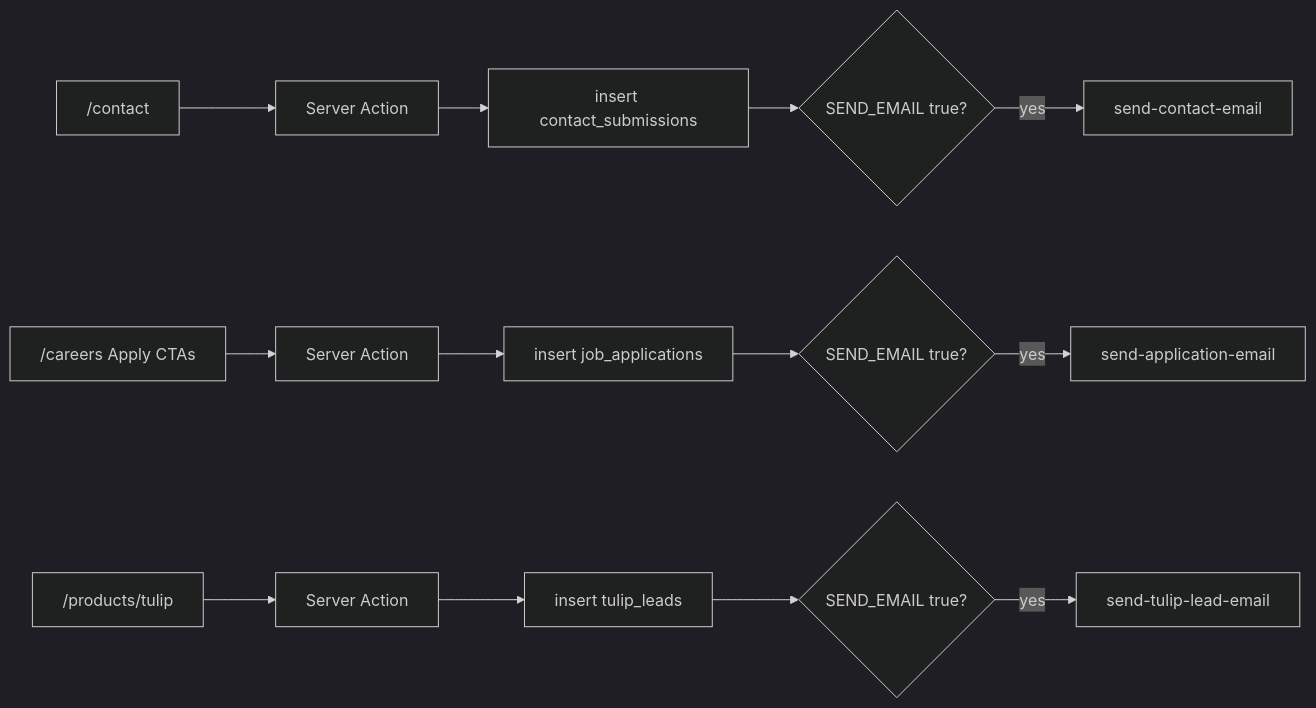
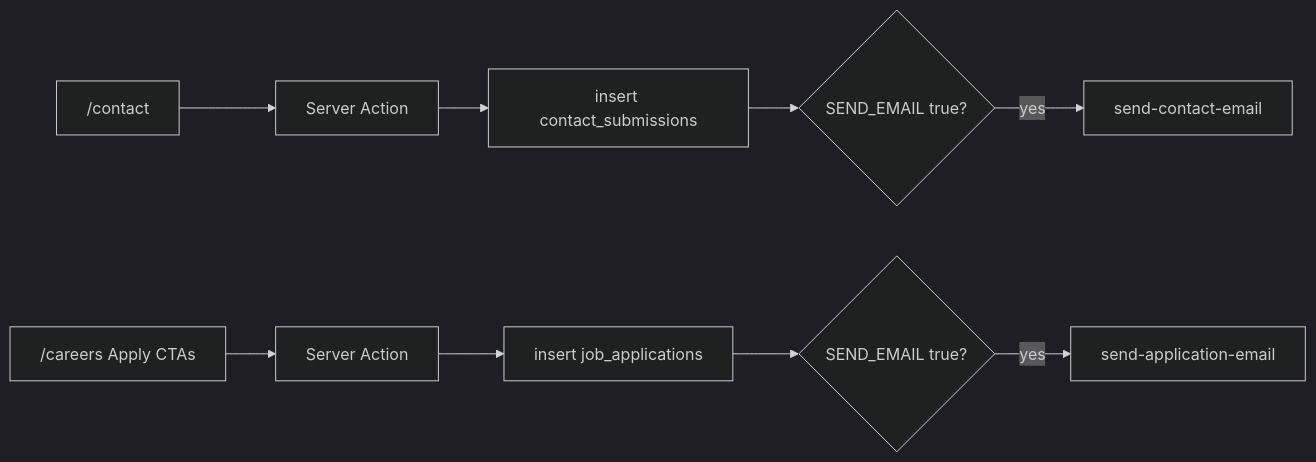
Before and after one commit to MargaritaSyd/OllyGarden: the diagram in doc/supabase.md, drawn with Mermaid (dark theme). The commit also changed other lines of this file and 408 other files, not shown here.

````diff
--- a/doc/supabase.md
+++ b/doc/supabase.md
@@ -23,15 +23,11 @@
 ```mermaid
 flowchart LR
   Contact["/contact"] --> ActionC["Server Action"]
   ActionC --> InsertC["insert contact_submissions"]
   InsertC --> GateC{"SEND_EMAIL true?"}
   GateC -->|yes| FnC["send-contact-email"]
   Careers["/careers Apply CTAs"] --> ActionJ["Server Action"]
   ActionJ --> InsertJ["insert job_applications"]
   InsertJ --> GateJ{"SEND_EMAIL true?"}
   GateJ -->|yes| FnJ["send-application-email"]
-  Tulip["/products/tulip"] --> ActionT["Server Action"]
-  ActionT --> InsertT["insert tulip_leads"]
-  InsertT --> GateT{"SEND_EMAIL true?"}
-  GateT -->|yes| FnT["send-tulip-lead-email"]
 ```
````
